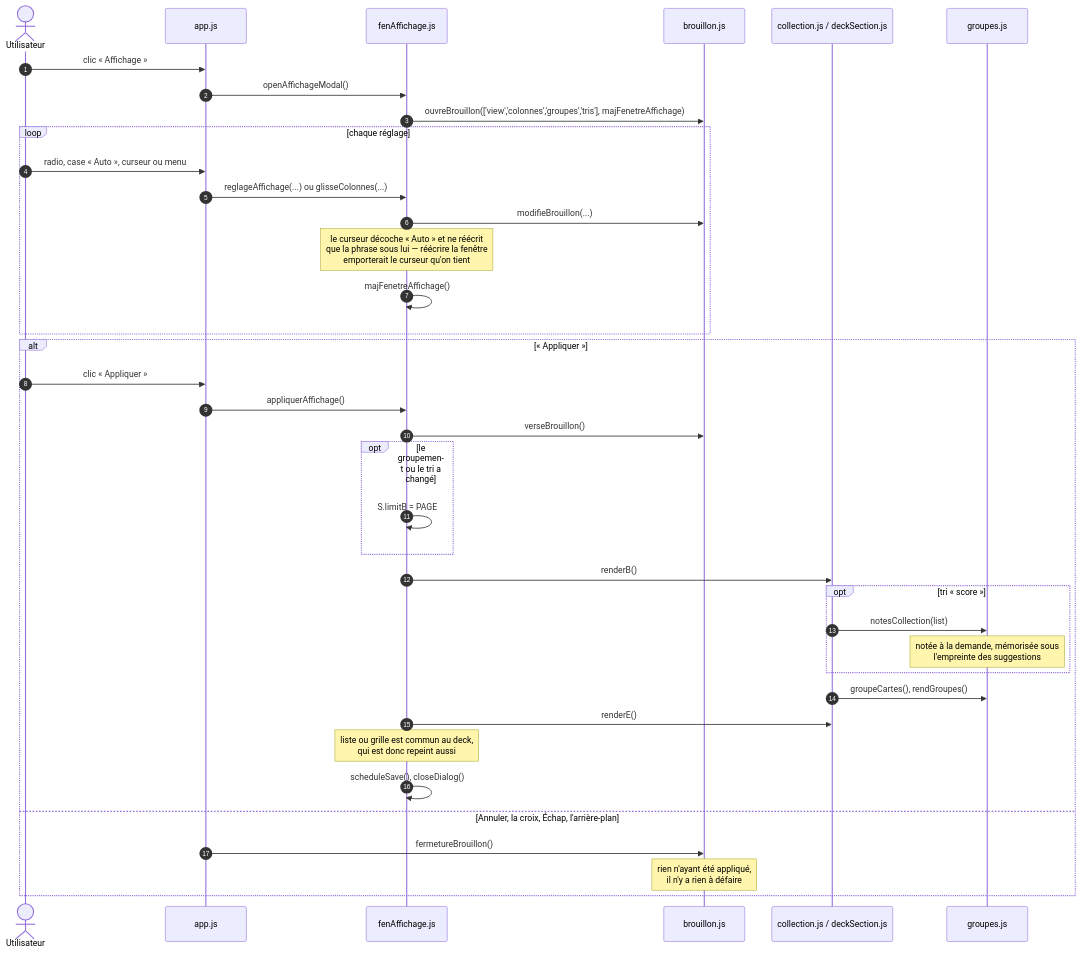
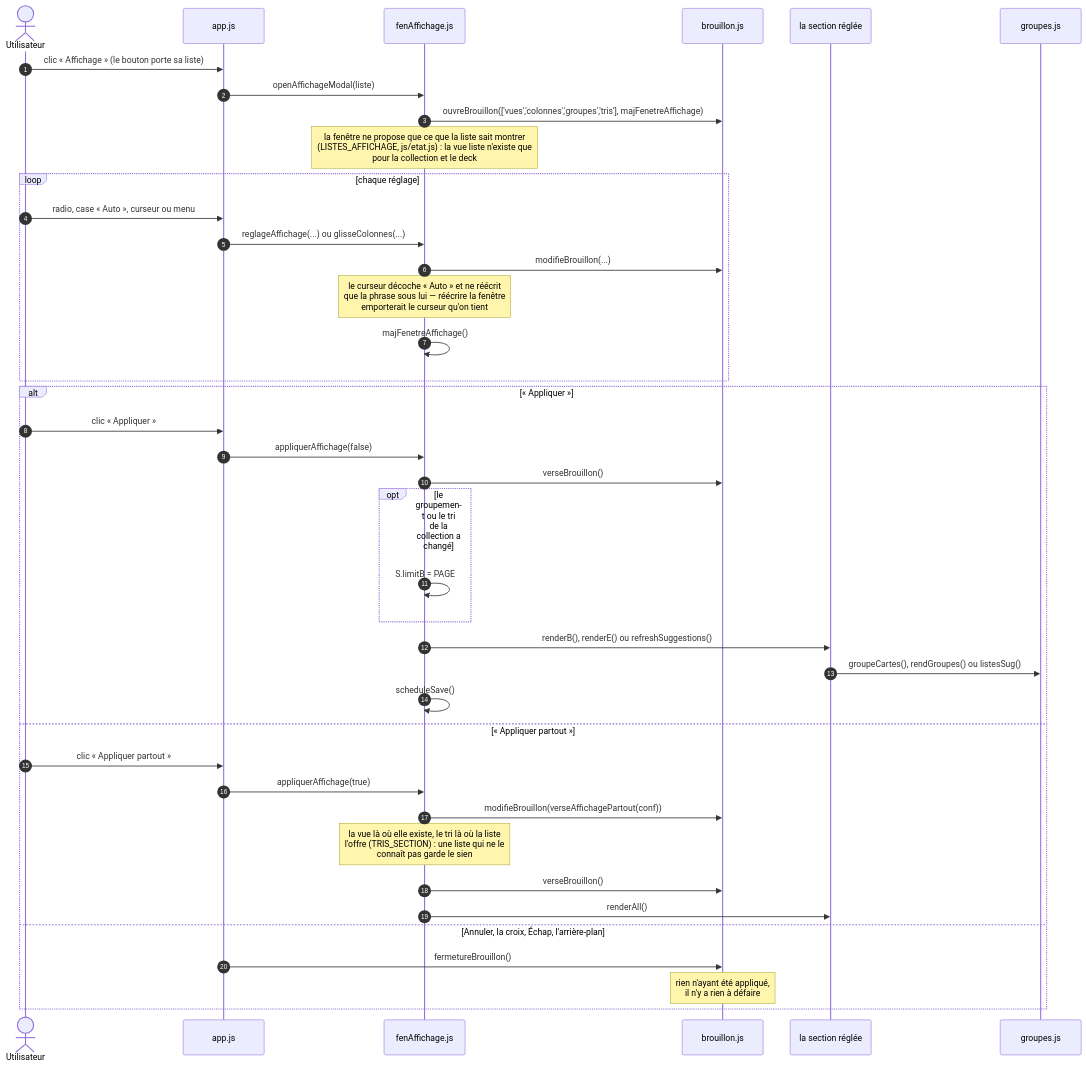
Before and after one commit to HJoudrier/MtgDeckBuilder_v3: the sixth of 13 diagrams in PARCOURS.md, drawn with Mermaid. The commit also changed other lines of this file and 22 other files, not shown here.

````diff
--- a/PARCOURS.md
+++ b/PARCOURS.md
@@ -327,41 +304,43 @@
 ```mermaid
 sequenceDiagram
     autonumber
     actor U as Utilisateur
     participant APP as app.js
     participant AFF as fenAffichage.js
     participant BR as brouillon.js
-    participant COL as collection.js / deckSection.js
+    participant SEC as la section réglée
     participant GRP as groupes.js
 
-    U->>APP: clic « Affichage »
-    APP->>AFF: openAffichageModal()
-    AFF->>BR: ouvreBrouillon(['view','colonnes','groupes','tris'], majFenetreAffichage)
+    U->>APP: clic « Affichage » (le bouton porte sa liste)
+    APP->>AFF: openAffichageModal(liste)
+    AFF->>BR: ouvreBrouillon(['vues','colonnes','groupes','tris'], majFenetreAffichage)
+    Note over AFF: la fenêtre ne propose que ce que la liste sait montrer<br/>(LISTES_AFFICHAGE, js/etat.js) : la vue liste n'existe que<br/>pour la collection et le deck
     loop chaque réglage
         U->>APP: radio, case « Auto », curseur ou menu
         APP->>AFF: reglageAffichage(...) ou glisseColonnes(...)
         AFF->>BR: modifieBrouillon(...)
         Note over AFF: le curseur décoche « Auto » et ne réécrit<br/>que la phrase sous lui — réécrire la fenêtre<br/>emporterait le curseur qu'on tient
         AFF->>AFF: majFenetreAffichage()
     end
     alt « Appliquer »
         U->>APP: clic « Appliquer »
-        APP->>AFF: appliquerAffichage()
+        APP->>AFF: appliquerAffichage(false)
         AFF->>BR: verseBrouillon()
-        opt le groupement ou le tri a changé
+        opt le groupement ou le tri de la collection a changé
             AFF->>AFF: S.limitB = PAGE
         end
-        AFF->>COL: renderB()
-        opt tri « score »
-            COL->>GRP: notesCollection(list)
-            Note over GRP: notée à la demande, mémorisée sous<br/>l'empreinte des suggestions
-        end
-        COL->>GRP: groupeCartes(), rendGroupes()
-        AFF->>COL: renderE()
-        Note over AFF: liste ou grille est commun au deck,<br/>qui est donc repeint aussi
-        AFF->>AFF: scheduleSave(), closeDialog()
+        AFF->>SEC: renderB(), renderE() ou refreshSuggestions()
+        SEC->>GRP: groupeCartes(), rendGroupes() ou listesSug()
+        AFF->>AFF: scheduleSave()
+    else « Appliquer partout »
+        U->>APP: clic « Appliquer partout »
+        APP->>AFF: appliquerAffichage(true)
+        AFF->>BR: modifieBrouillon(verseAffichagePartout(conf))
+        Note over AFF: la vue là où elle existe, le tri là où la liste<br/>l'offre (TRIS_SECTION) : une liste qui ne le<br/>connaît pas garde le sien
+        AFF->>BR: verseBrouillon()
+        AFF->>SEC: renderAll()
     else Annuler, la croix, Échap, l'arrière-plan
         APP->>BR: fermetureBrouillon()
         Note over BR: rien n'ayant été appliqué,<br/>il n'y a rien à défaire
     end
 ```
````
